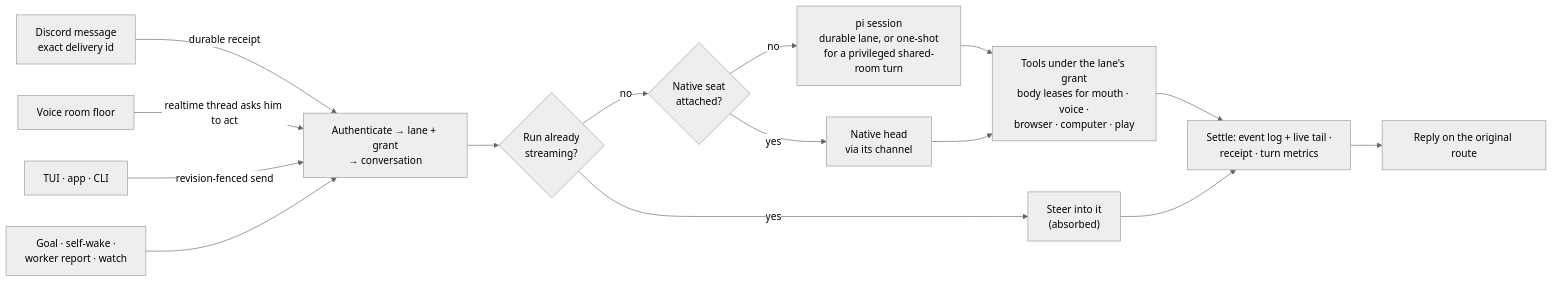
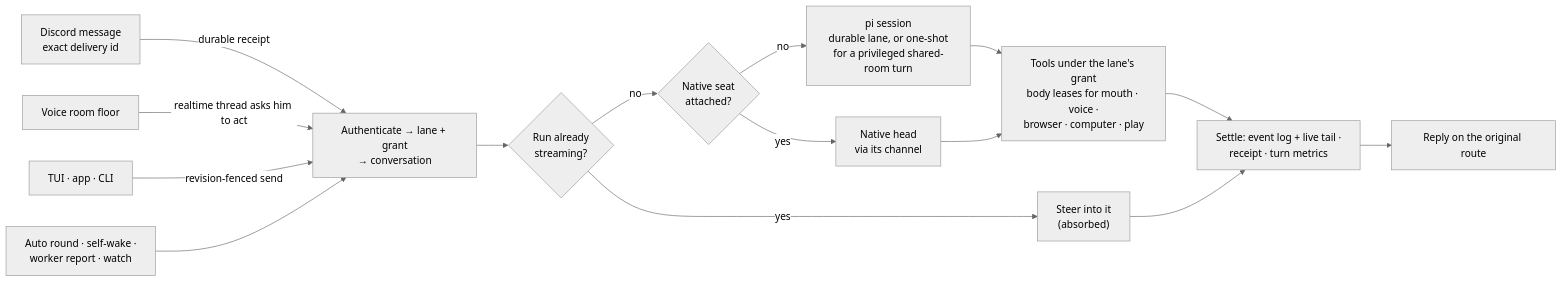
Before and after one commit to Volpestyle/clankie: the third of 4 diagrams in docs/architecture.md, drawn with Mermaid (neutral theme). The commit also changed other lines of this file and 62 other files, not shown here.

````diff
--- a/docs/architecture.md
+++ b/docs/architecture.md
@@ -138,17 +138,17 @@
 ```mermaid
 flowchart LR
   Discord["Discord message<br/>exact delivery id"] -->|"durable receipt"| Lane
   Voice["Voice room floor"] -->|"realtime thread asks him to act"| Lane
   Operator["TUI · app · CLI"] -->|"revision-fenced send"| Lane
-  Auto["Goal · self-wake ·<br/>worker report · watch"] --> Lane
+  Auto["Auto round · self-wake ·<br/>worker report · watch"] --> Lane
   Lane["Authenticate → lane + grant<br/>→ conversation"] --> Busy{"Run already<br/>streaming?"}
   Busy -->|yes| Steer["Steer into it<br/>(absorbed)"]
   Busy -->|no| Driver{"Native seat<br/>attached?"}
   Driver -->|no| Pi["pi session<br/>durable lane, or one-shot<br/>for a privileged shared-room turn"]
   Driver -->|yes| Seat["Native head<br/>via its channel"]
   Pi --> Tools["Tools under the lane's grant<br/>body leases for mouth · voice ·<br/>browser · computer · play"]
   Seat --> Tools
   Tools --> Settle["Settle: event log + live tail ·<br/>receipt · turn metrics"]
   Steer --> Settle
   Settle --> Reply["Reply on the original route"]
 ```
````
